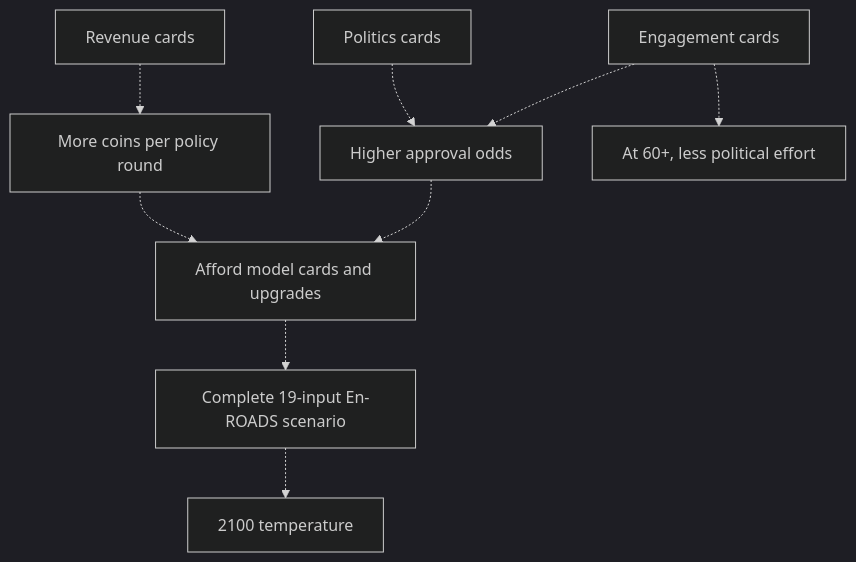
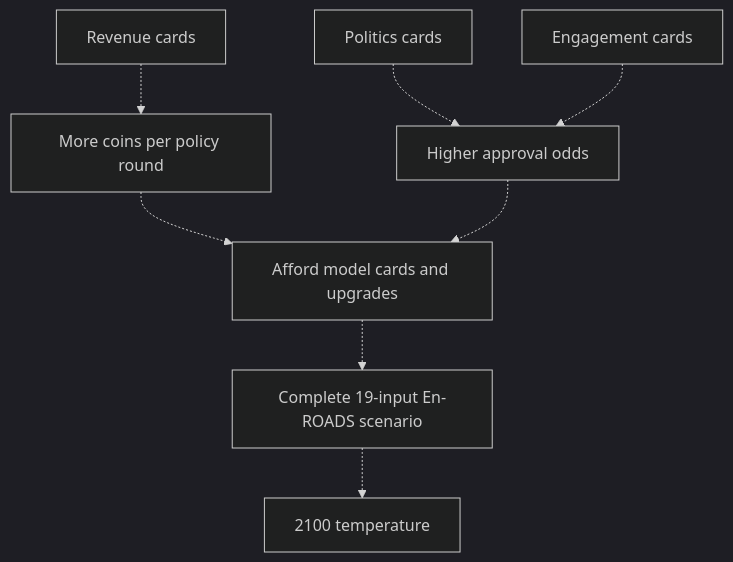
One commit to A-Weedy-Place/APECS_card-game changed the ninth of 9 diagrams in public/card-guide.md. Above: the diagram before and after it, drawn with Mermaid (dark theme). The commit also changed other lines of this file and 22 other files, not shown here.

````diff
--- a/public/card-guide.md
+++ b/public/card-guide.md
@@ -270,11 +264,10 @@
 ```mermaid
 flowchart TD
   Revenue["Revenue cards"] -.-> Income["More coins per policy round"]
   Politics["Politics cards"] -.-> Approval["Higher approval odds"]
   Engagement["Engagement cards"] -.-> Approval
-  Engagement -.-> Effort["At 60+, less political effort"]
   Income -.-> Policies["Afford model cards and upgrades"]
   Approval -.-> Policies
   Policies -.-> Model["Complete 19-input En-ROADS scenario"]
   Model -.-> Temperature["2100 temperature"]
 ```
````
